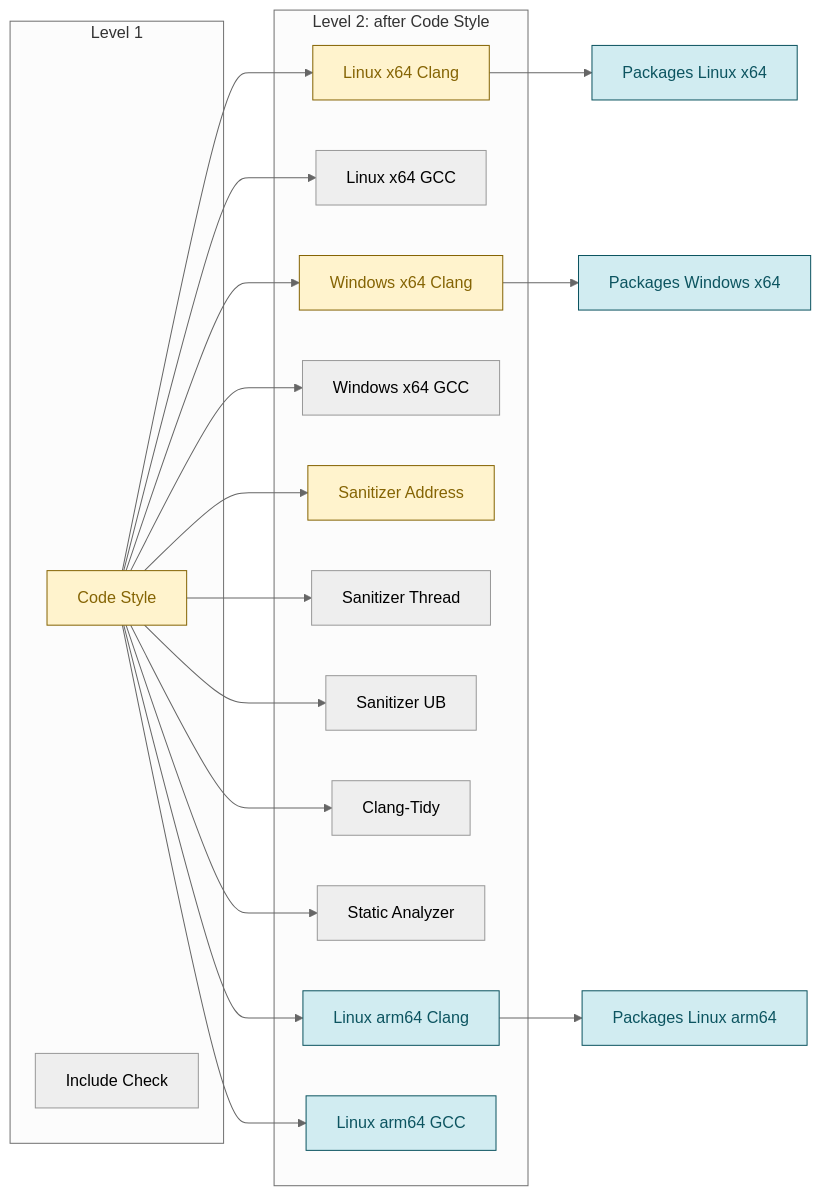
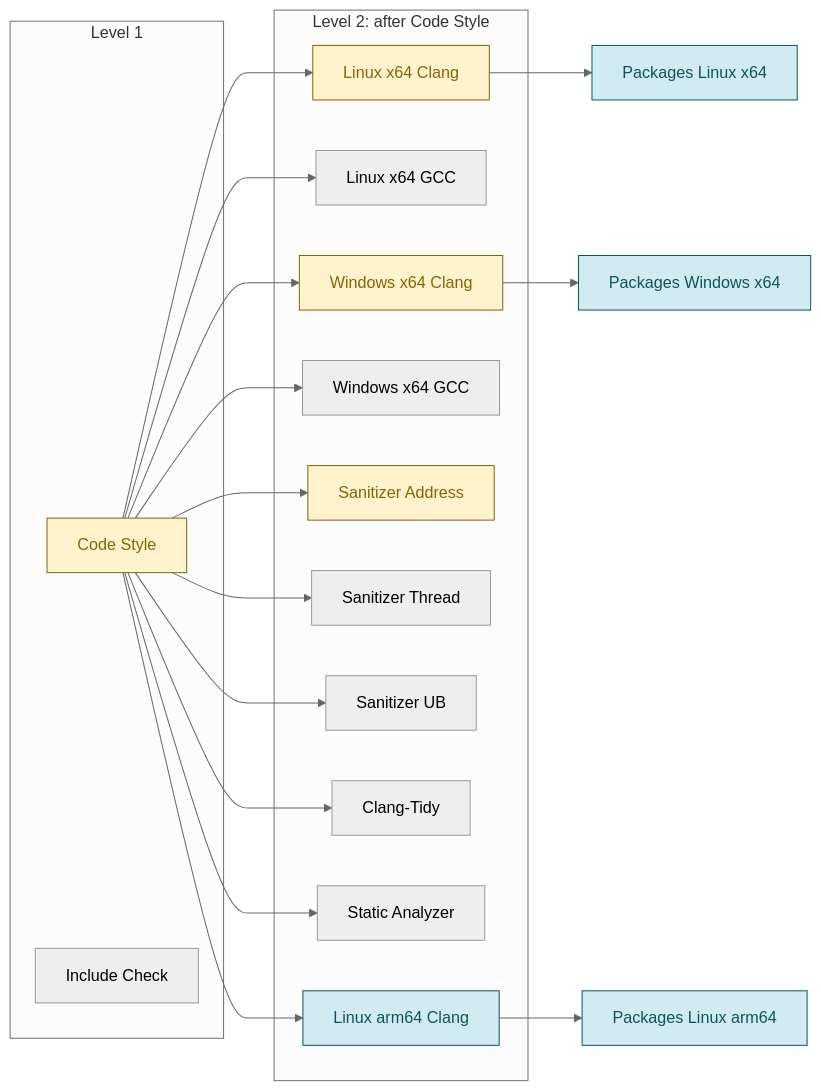
Before and after one commit to Silmaen/Owl: the second of 3 diagrams in doc/pages/continuous_integration.md, drawn with Mermaid (neutral theme). The commit also changed other lines of this file and 5 other files, not shown here.

Commit message:
Lighten the emulated arm64 nightly: Clang only, no coverage, bench or image tests

````diff
--- a/doc/pages/continuous_integration.md
+++ b/doc/pages/continuous_integration.md
@@ -128,21 +128,21 @@
 ```mermaid
 flowchart LR
     subgraph L1[Level 1]
         CS[Code Style]
         IC[Include Check]
     end
     subgraph L2[Level 2: after Code Style]
         LxC[Linux x64 Clang] & LxG[Linux x64 GCC] & WxC[Windows x64 Clang] & WxG[Windows x64 GCC]
         SA[Sanitizer Address] & ST[Sanitizer Thread] & SU[Sanitizer UB]
         CT[Clang-Tidy] & AN[Static Analyzer]
-        LaC[Linux arm64 Clang] & LaG[Linux arm64 GCC]
+        LaC[Linux arm64 Clang]
     end
-    CS --> LxC & LxG & WxC & WxG & SA & ST & SU & CT & AN & LaC & LaG
+    CS --> LxC & LxG & WxC & WxG & SA & ST & SU & CT & AN & LaC
     LxC --> PL[Packages Linux x64]
     WxC --> PW[Packages Windows x64]
     LaC --> PA[Packages Linux arm64]
     classDef draft fill:#fff3cd,stroke:#856404,color:#856404
     classDef mainOnly fill:#d1ecf1,stroke:#0c5460,color:#0c5460
     class CS,LxC,WxC,SA draft
     class LaC,LaG,PL,PW,PA mainOnly
 ```
````
